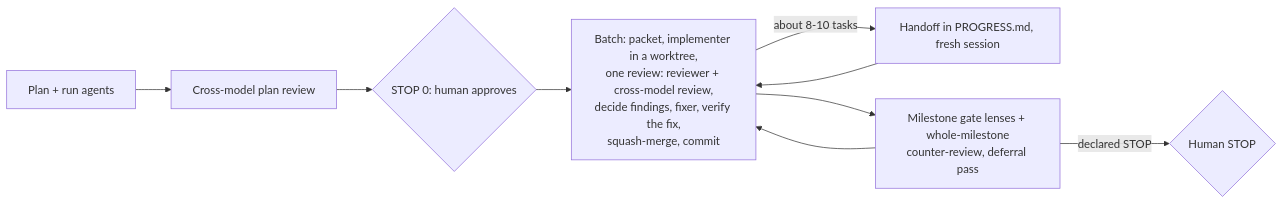
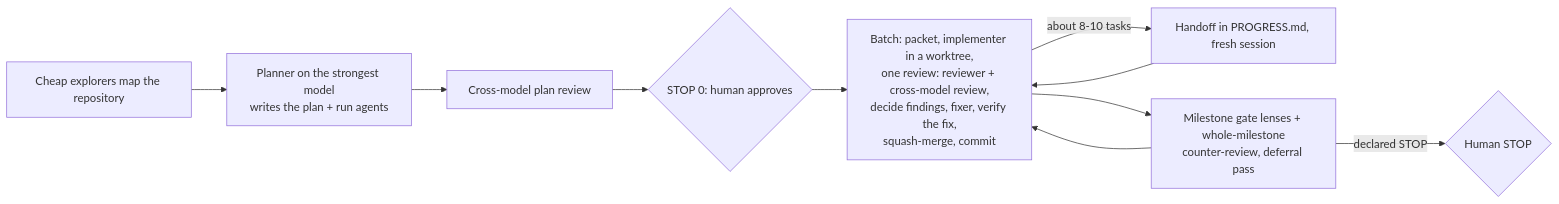
Before and after one commit to Aroton/ArchflowV2: the second of 3 diagrams in docs/workflow/SKILLS.md, drawn with Mermaid. The commit also changed other lines of this file and 7 other files, not shown here.

````diff
--- a/docs/workflow/SKILLS.md
+++ b/docs/workflow/SKILLS.md
@@ -47,11 +47,12 @@
 ```mermaid
 flowchart LR
-  P["Plan + run agents"] --> R0["Cross-model plan review"]
+  X["Cheap explorers map the repository"] --> P["Planner on the strongest model<br/>writes the plan + run agents"]
+  P --> R0["Cross-model plan review"]
   R0 --> S0{"STOP 0: human approves"}
   S0 --> B["Batch: packet, implementer in a worktree,<br/>one review: reviewer + cross-model review,<br/>decide findings, fixer, verify the fix,<br/>squash-merge, commit"]
   B -->|"about 8-10 tasks"| H["Handoff in PROGRESS.md, fresh session"]
   H --> B
   B --> G["Milestone gate lenses + whole-milestone<br/>counter-review, deferral pass"]
   G -->|declared STOP| S1{"Human STOP"}
   G --> B
 ```
````
